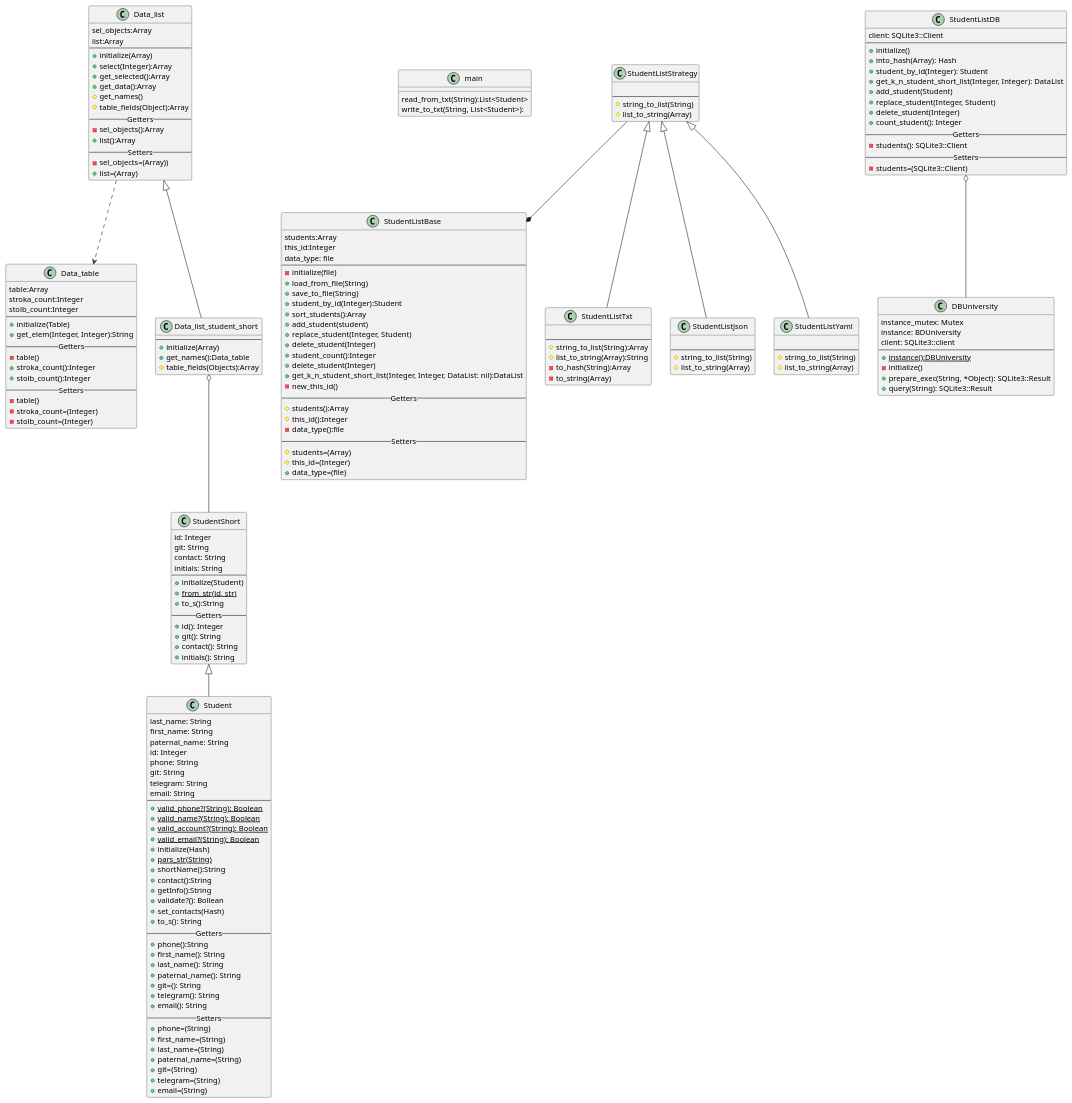
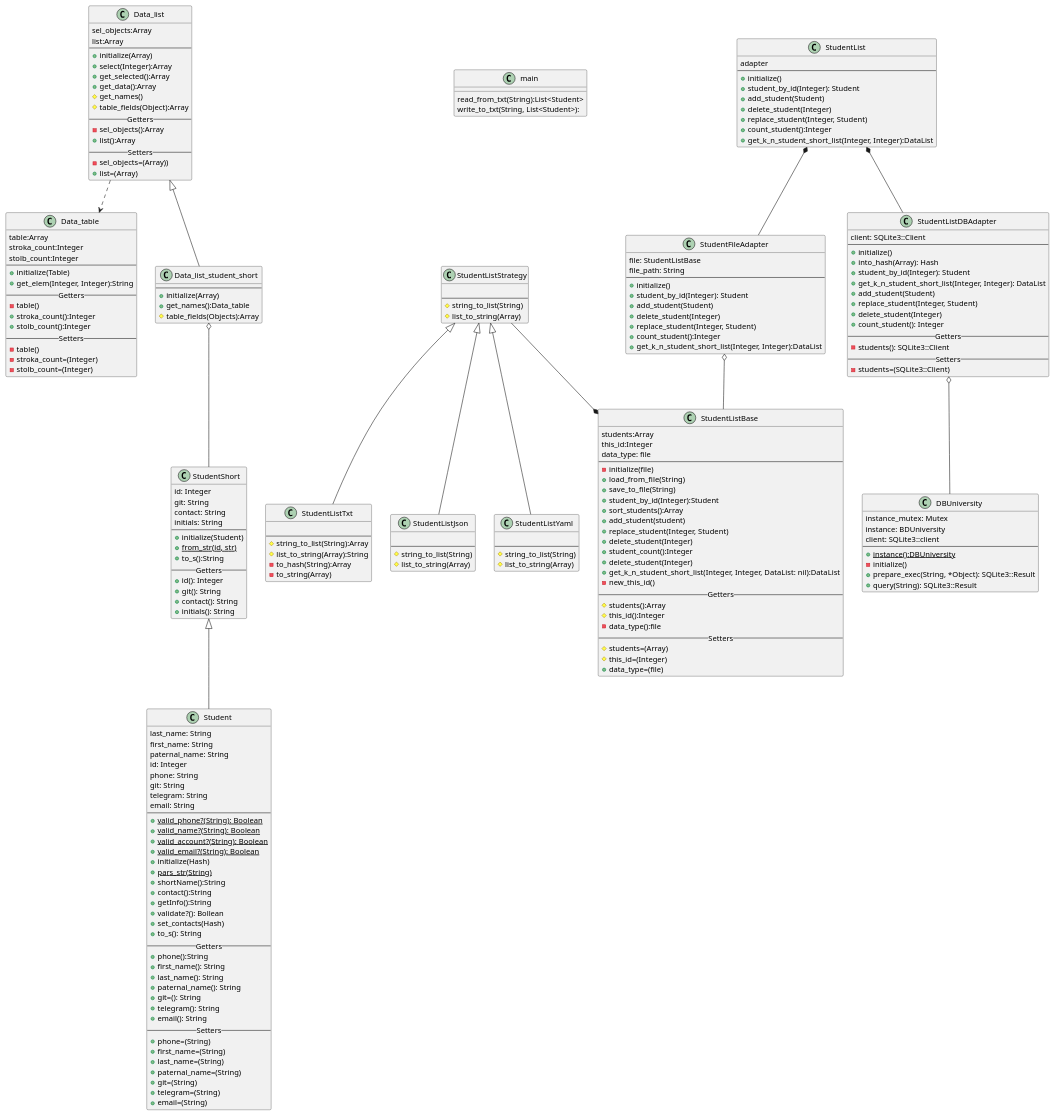
Before and after one commit to yellowcat-dotcom/Ruby: the diagram in Lab_2/Diagrams/student_diagram.puml, drawn with PlantUML.

Commit message:
3.2 Адаптер. (Diagram)

```diff
--- a/Lab_2/Diagrams/student_diagram.puml
+++ b/Lab_2/Diagrams/student_diagram.puml
@@ -155,7 +155,7 @@
 #list_to_string(Array)
 }
 
-class StudentListDB{
+class StudentListDBAdapter{
 client: SQLite3::Client
 --
 +initialize()
@@ -181,7 +181,33 @@
 +prepare_exec(String, *Object): SQLite3::Result
 +query(String): SQLite3::Result
 }
-StudentListDB o-- DBUniversity
+class StudentFileAdapter{
+file: StudentListBase
+file_path: String
+--
++initialize()
++student_by_id(Integer): Student
++add_student(Student)
++delete_student(Integer)
++replace_student(Integer, Student)
++count_student():Integer
++get_k_n_student_short_list(Integer, Integer):DataList
+}
+class StudentList{
+adapter
+--
++initialize()
++student_by_id(Integer): Student
++add_student(Student)
++delete_student(Integer)
++replace_student(Integer, Student)
++count_student():Integer
++get_k_n_student_short_list(Integer, Integer):DataList
+}
+StudentList *-- StudentListDBAdapter
+StudentList *-- StudentFileAdapter
+StudentFileAdapter o-- StudentListBase
+StudentListDBAdapter o-- DBUniversity
 StudentShort ^-- Student
 Data_list ^-- Data_list_student_short
 Data_list_student_short o--StudentShort
```
